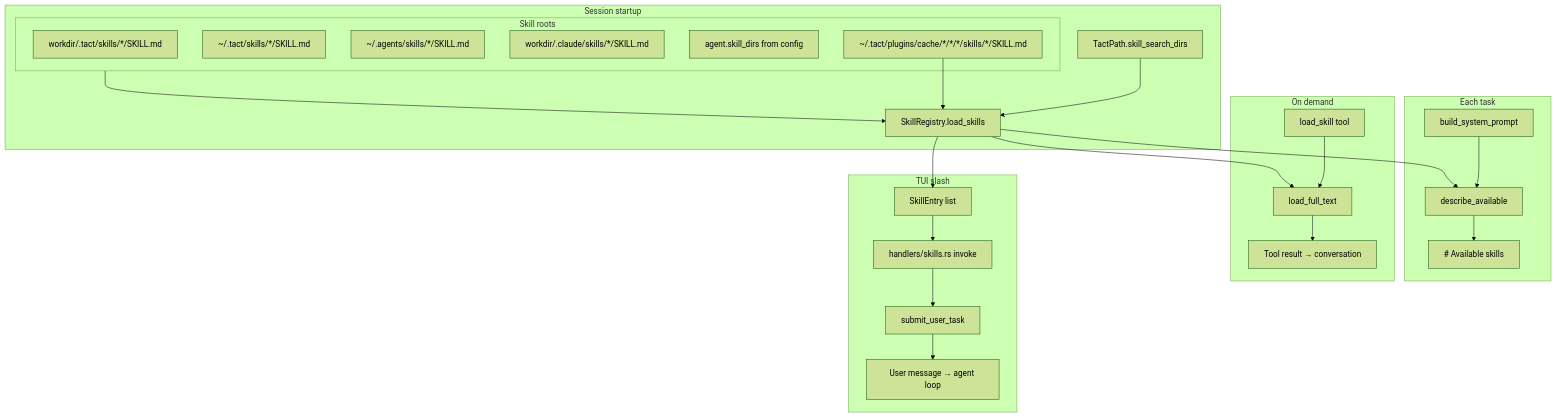
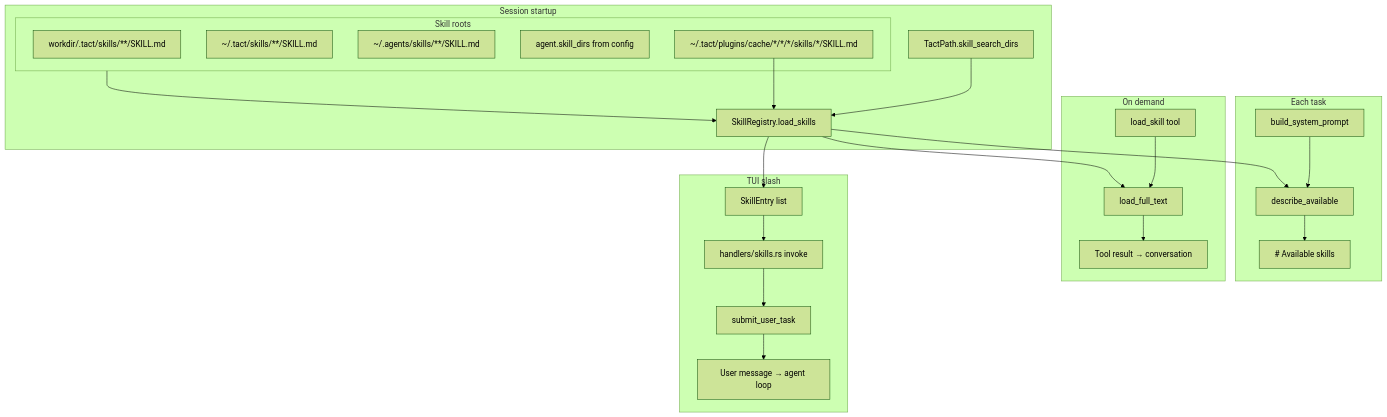
One commit to rust-infra/tact changed the diagram in book/02_chapter_skill.md. Above: the diagram before and after it, drawn with Mermaid (forest theme). The commit also changed other lines of this file and 161 other files, not shown here.

````diff
--- a/book/02_chapter_skill.md
+++ b/book/02_chapter_skill.md
@@ -26,46 +26,45 @@
 ```mermaid
 graph TB
     subgraph Disk["Skill roots"]
-        T["workdir/.tact/skills/*/SKILL.md"]
-        U["~/.tact/skills/*/SKILL.md"]
-        A["~/.agents/skills/*/SKILL.md"]
-        P["workdir/.claude/skills/*/SKILL.md"]
+        T["workdir/.tact/skills/**/SKILL.md"]
+        U["~/.tact/skills/**/SKILL.md"]
+        A["~/.agents/skills/**/SKILL.md"]
         C["agent.skill_dirs from config"]
         I["~/.tact/plugins/cache/*/*/*/skills/*/SKILL.md"]
     end
 
     subgraph Startup["Session startup"]
         TP[TactPath.skill_search_dirs]
         SR[SkillRegistry.load_skills]
         TP --> SR
         Disk --> SR
         I --> SR
     end
 
     subgraph Prompt["Each task"]
         BSP[build_system_prompt]
         DA[describe_available]
         BSP --> DA
         DA --> SP["# Available skills"]
     end
 
     subgraph Tool["On demand"]
         LS[load_skill tool]
         LFT[load_full_text]
         LS --> LFT
         LFT --> Ctx["Tool result → conversation"]
     end
 
     subgraph Tui["TUI slash"]
         SE[SkillEntry list]
         INV[handlers/skills.rs invoke]
         SUB[submit_user_task]
         SE --> INV
         INV --> SUB
         SUB --> UserMsg["User message → agent loop"]
     end
 
     SR --> DA
     SR --> LFT
     SR --> SE
 ```
````
